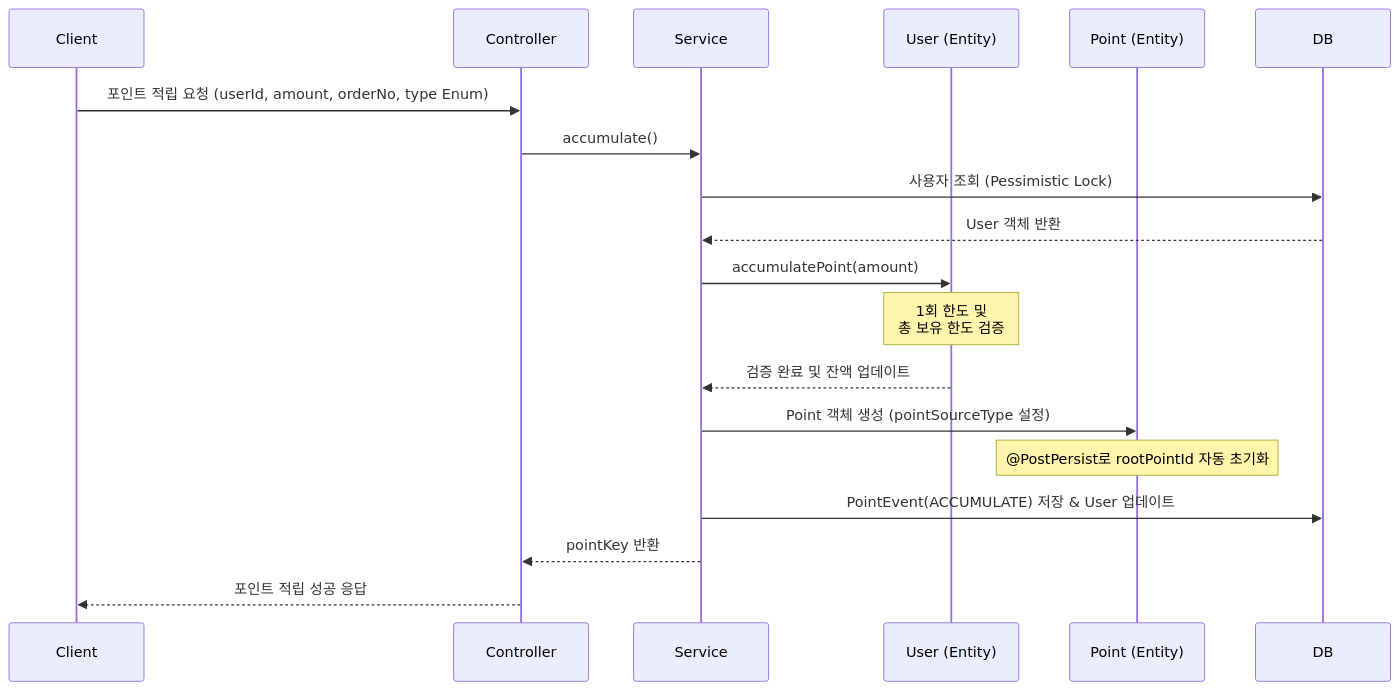
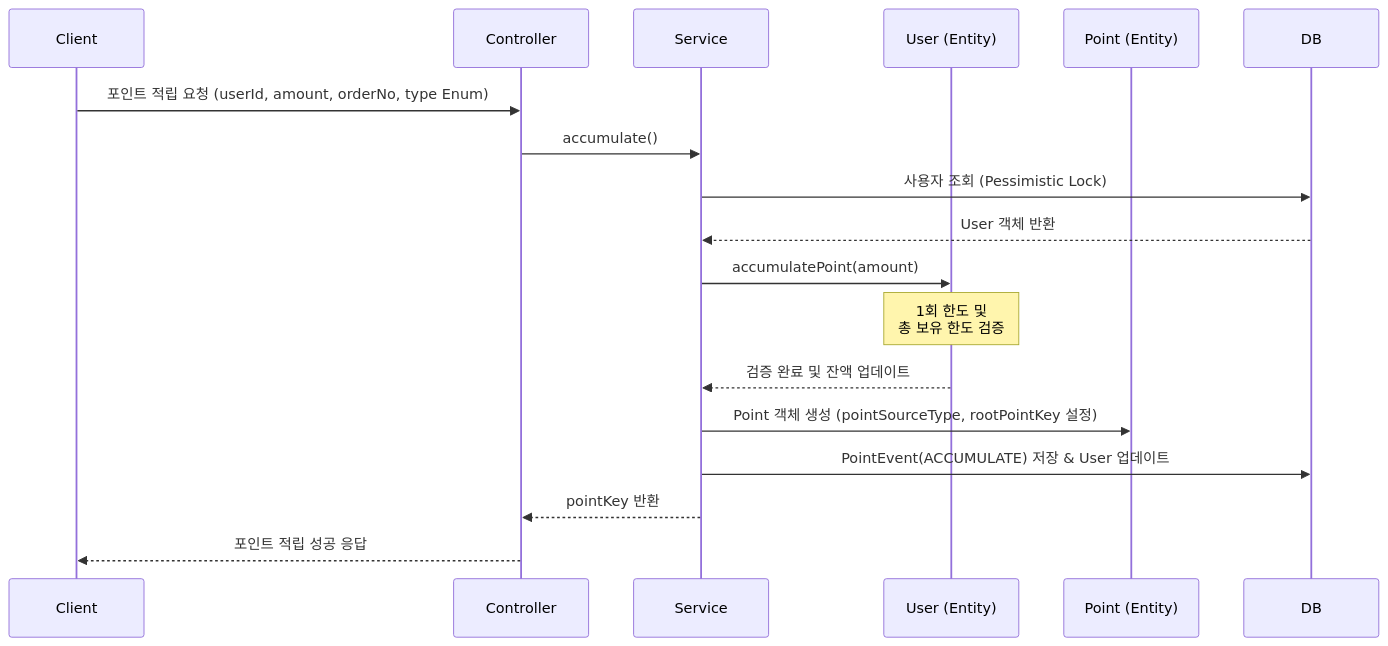
Before and after one commit to muzzaiwork/point: the first of 4 diagrams in README.md, drawn with Mermaid. The commit also changed other lines of this file and 4 other files, not shown here.

Commit message:
docs: README 로직 불일치 수정 및 포인트 사용 응답에서 pointKey 제거

````diff
--- a/README.md
+++ b/README.md
@@ -182,22 +183,21 @@
 ```mermaid
 sequenceDiagram
     participant Client
     participant Controller
     participant Service
     participant UserEntity as User (Entity)
     participant PointEntity as Point (Entity)
     participant DB
 
     Client->>Controller: 포인트 적립 요청 (userId, amount, orderNo, type Enum)
     Controller->>Service: accumulate()
     Service->>DB: 사용자 조회 (Pessimistic Lock)
     DB-->>Service: User 객체 반환
     Service->>UserEntity: accumulatePoint(amount)
     Note over UserEntity: 1회 한도 및<br/>총 보유 한도 검증
     UserEntity-->>Service: 검증 완료 및 잔액 업데이트
-    Service->>PointEntity: Point 객체 생성 (pointSourceType 설정)
-    Note over PointEntity: @PostPersist로 rootPointId 자동 초기화
+    Service->>PointEntity: Point 객체 생성 (pointSourceType, rootPointKey 설정)
     Service->>DB: PointEvent(ACCUMULATE) 저장 & User 업데이트
     Service-->>Controller: pointKey 반환
     Controller-->>Client: 포인트 적립 성공 응답
 ```
````
